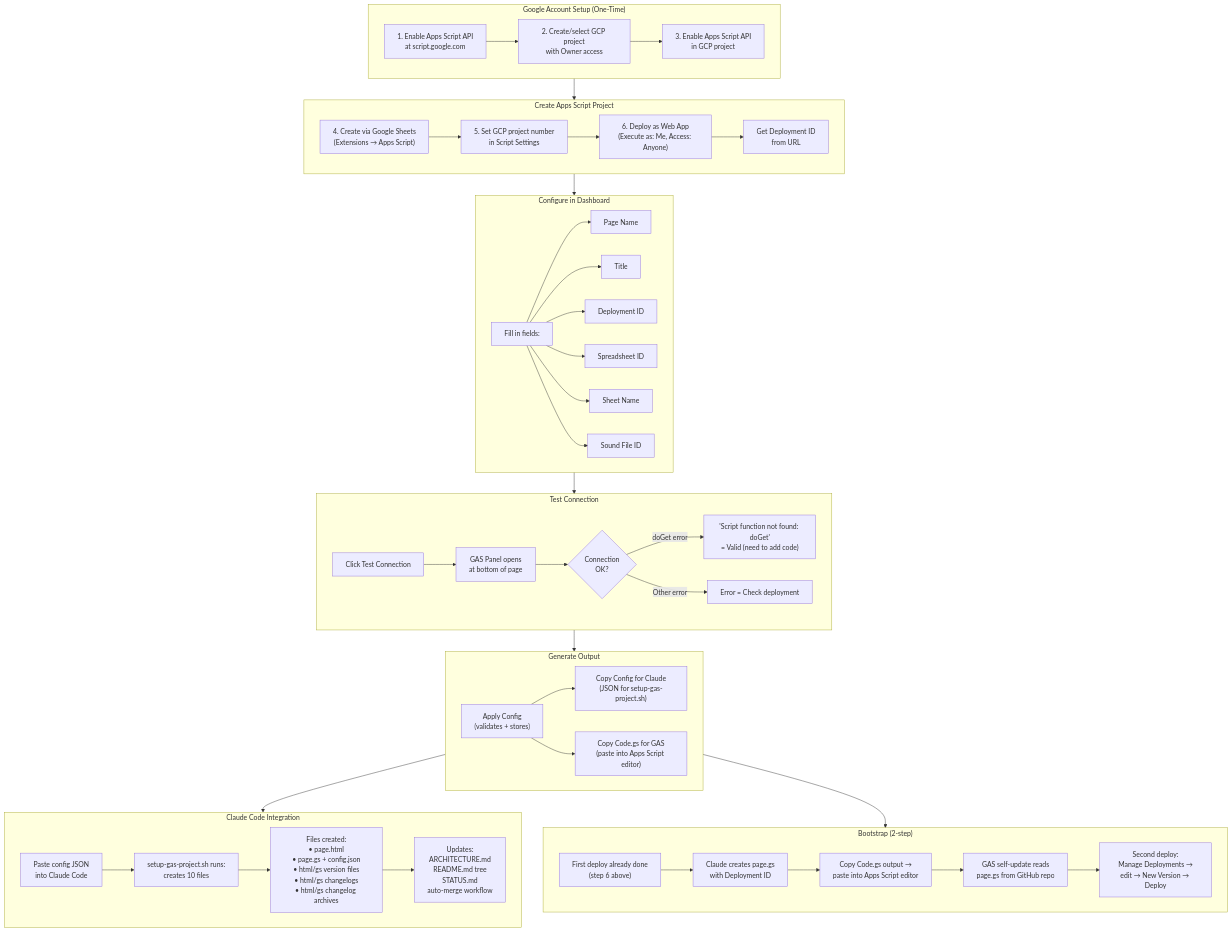
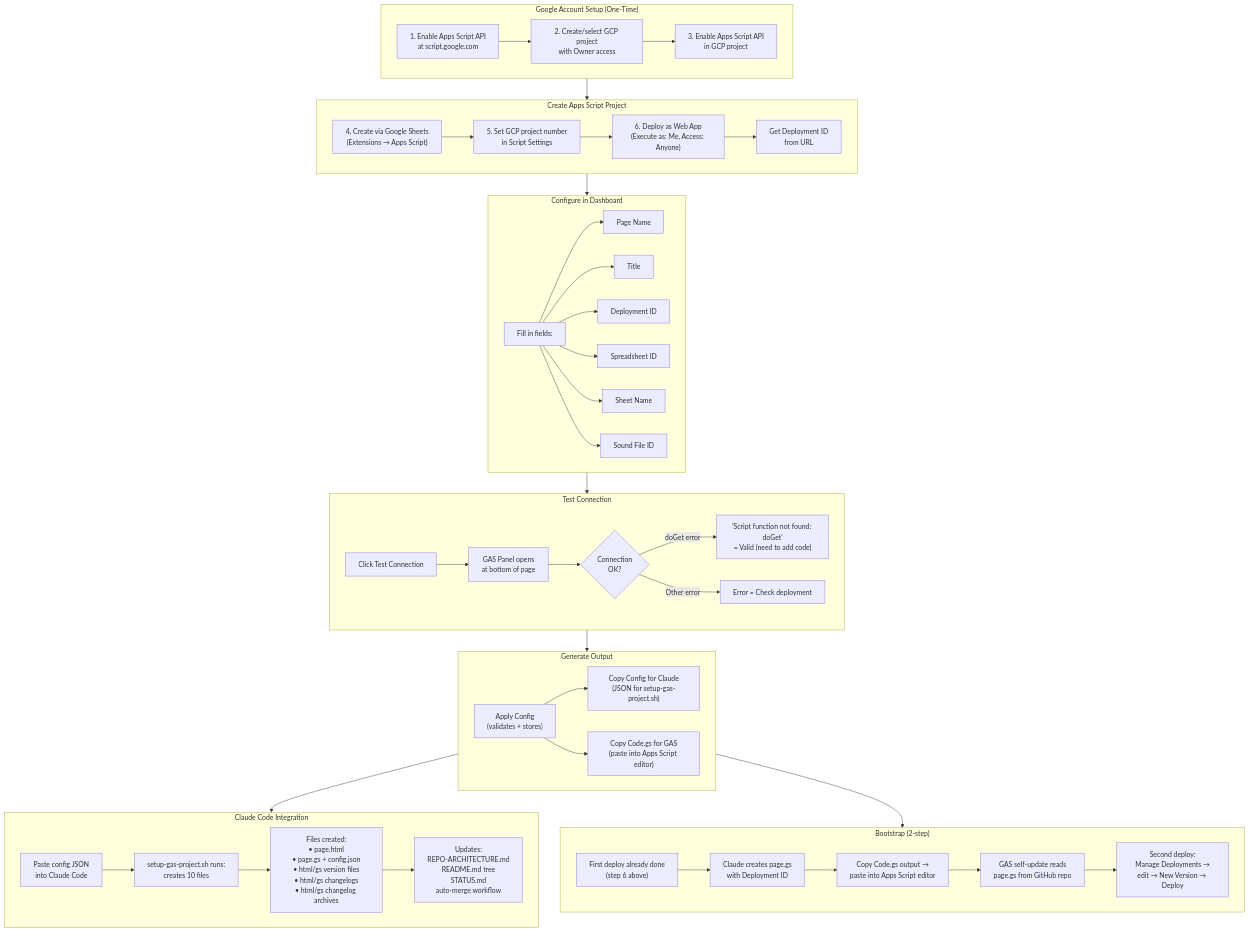
One commit to ShadowAISolutions/saistemplateprojectrepo changed the diagram in repository-information/diagrams/gas-project-creator-diagram.md. Above: the diagram before and after it, drawn with Mermaid. The commit also changed other lines of this file and 15 other files, not shown here.

First line of the commit message:
v01.98r Rename ARCHITECTURE.md to REPO-ARCHITECTURE.md, update sub-dividers

````diff
--- a/repository-information/diagrams/gas-project-creator-diagram.md
+++ b/repository-information/diagrams/gas-project-creator-diagram.md
@@ -7,69 +7,69 @@
 ```mermaid
 flowchart TB
     subgraph Setup["Google Account Setup (One-Time)"]
         S1["1. Enable Apps Script API<br>at script.google.com"]
         S2["2. Create/select GCP project<br>with Owner access"]
         S3["3. Enable Apps Script API<br>in GCP project"]
         S1 --> S2 --> S3
     end
 
     subgraph Create["Create Apps Script Project"]
         C1["4. Create via Google Sheets<br>(Extensions → Apps Script)"]
         C2["5. Set GCP project number<br>in Script Settings"]
         C3["6. Deploy as Web App<br>(Execute as: Me, Access: Anyone)"]
         C4["Get Deployment ID<br>from URL"]
         C1 --> C2 --> C3 --> C4
     end
 
     subgraph Configure["Configure in Dashboard"]
         F1["Fill in fields:"]
         F1a["Page Name"]
         F1b["Title"]
         F1c["Deployment ID"]
         F1d["Spreadsheet ID"]
         F1e["Sheet Name"]
         F1f["Sound File ID"]
         F1 --> F1a & F1b & F1c & F1d & F1e & F1f
     end
 
     subgraph TestConn["Test Connection"]
         T1["Click Test Connection"]
         T2["GAS Panel opens<br>at bottom of page"]
         T3{"Connection<br>OK?"}
         T4["'Script function not found: doGet'<br>= Valid (need to add code)"]
         T5["Error = Check deployment"]
         T1 --> T2 --> T3
         T3 -->|doGet error| T4
         T3 -->|Other error| T5
     end
 
     subgraph Output["Generate Output"]
         O1["Apply Config<br>(validates + stores)"]
         O2["Copy Config for Claude<br>(JSON for setup-gas-project.sh)"]
         O3["Copy Code.gs for GAS<br>(paste into Apps Script editor)"]
         O1 --> O2 & O3
     end
 
     subgraph Claude["Claude Code Integration"]
         CL1["Paste config JSON<br>into Claude Code"]
         CL2["setup-gas-project.sh runs:<br>creates 10 files"]
         CL3["Files created:<br>• page.html<br>• page.gs + config.json<br>• html/gs version files<br>• html/gs changelogs<br>• html/gs changelog archives"]
-        CL4["Updates:<br>ARCHITECTURE.md<br>README.md tree<br>STATUS.md<br>auto-merge workflow"]
+        CL4["Updates:<br>REPO-ARCHITECTURE.md<br>README.md tree<br>STATUS.md<br>auto-merge workflow"]
         CL1 --> CL2 --> CL3 --> CL4
     end
 
     subgraph Bootstrap["Bootstrap (2-step)"]
         B1["First deploy already done<br>(step 6 above)"]
         B2["Claude creates page.gs<br>with Deployment ID"]
         B3["Copy Code.gs output →<br>paste into Apps Script editor"]
         B4["GAS self-update reads<br>page.gs from GitHub repo"]
         B5["Second deploy:<br>Manage Deployments →<br>edit → New Version → Deploy"]
         B1 --> B2 --> B3 --> B4 --> B5
     end
 
     Setup --> Create --> Configure
     Configure --> TestConn
     TestConn --> Output
     Output --> Claude
     Output --> Bootstrap
 ```
````
